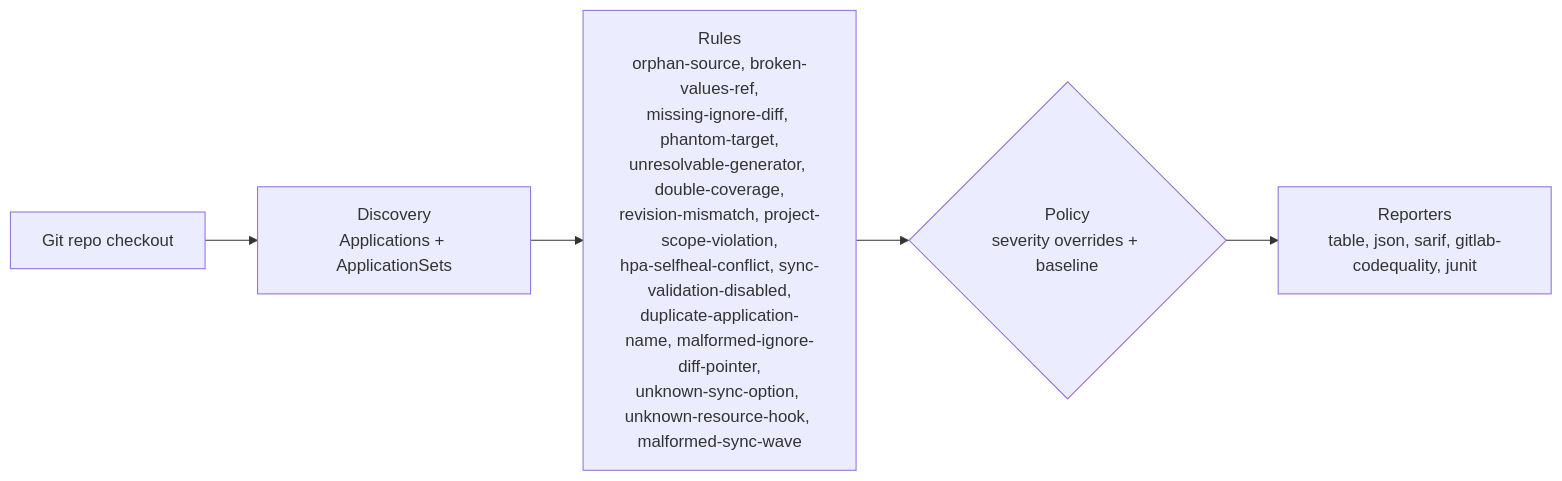
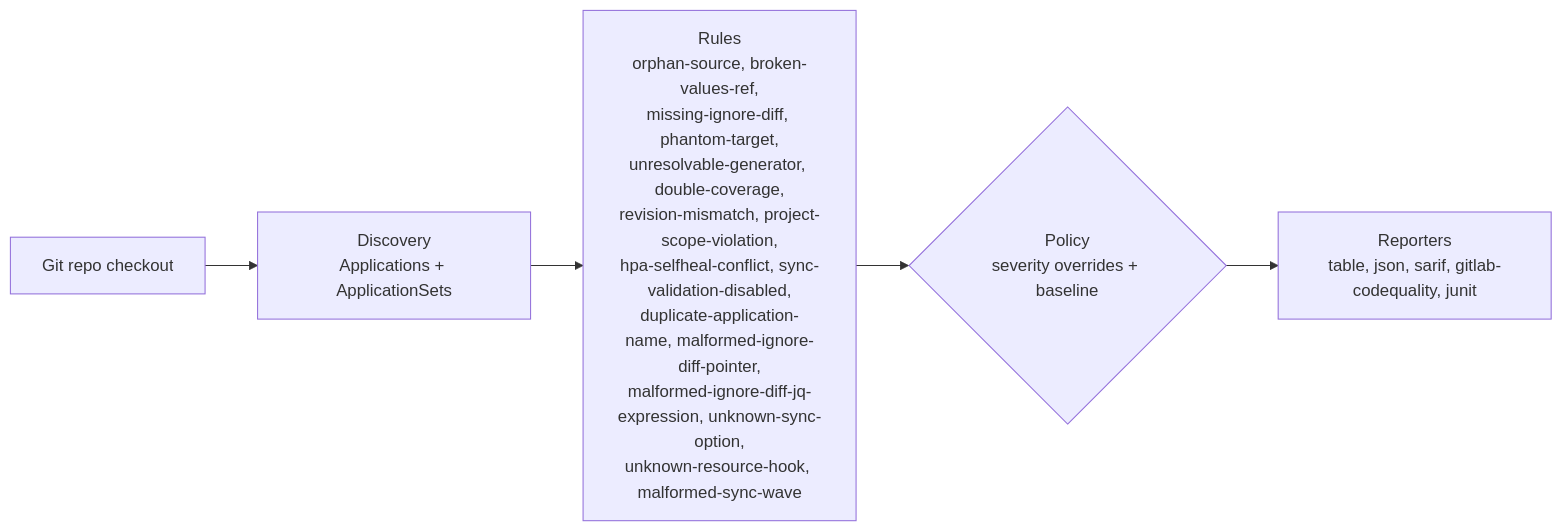
The diagram in README.md (actions-marketplace-validations/gillesl-dev_argocd-source-lint), drawn with Mermaid before and after one commit. The commit also changed other lines of this file and 12 other files, not shown here.

First line of the commit message:
feat: add malformed-ignore-diff-jq-expression rule

````diff
--- a/README.md
+++ b/README.md
@@ -77,7 +78,7 @@
 ```mermaid
 flowchart LR
     A["Git repo checkout"] --> B["Discovery<br/>Applications + ApplicationSets"]
-    B --> C["Rules<br/>orphan-source, broken-values-ref,<br/>missing-ignore-diff, phantom-target,<br/>unresolvable-generator, double-coverage,<br/>revision-mismatch, project-scope-violation,<br/>hpa-selfheal-conflict, sync-validation-disabled,<br/>duplicate-application-name, malformed-ignore-diff-pointer,<br/>unknown-sync-option, unknown-resource-hook, malformed-sync-wave"]
+    B --> C["Rules<br/>orphan-source, broken-values-ref,<br/>missing-ignore-diff, phantom-target,<br/>unresolvable-generator, double-coverage,<br/>revision-mismatch, project-scope-violation,<br/>hpa-selfheal-conflict, sync-validation-disabled,<br/>duplicate-application-name, malformed-ignore-diff-pointer,<br/>malformed-ignore-diff-jq-expression, unknown-sync-option,<br/>unknown-resource-hook, malformed-sync-wave"]
     C --> D{"Policy<br/>severity overrides + baseline"}
     D --> E["Reporters<br/>table, json, sarif, gitlab-codequality, junit"]
 ```
````
